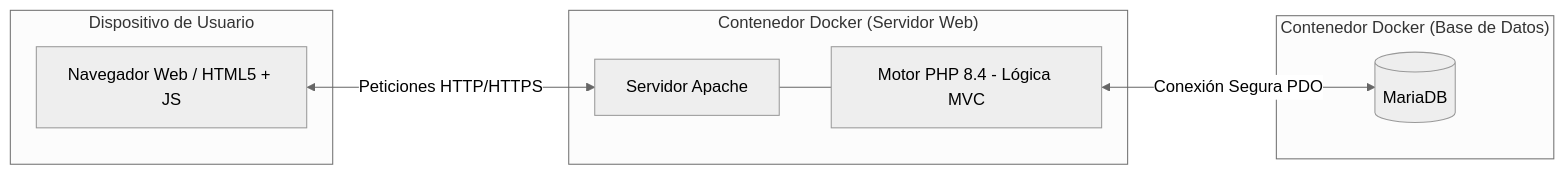
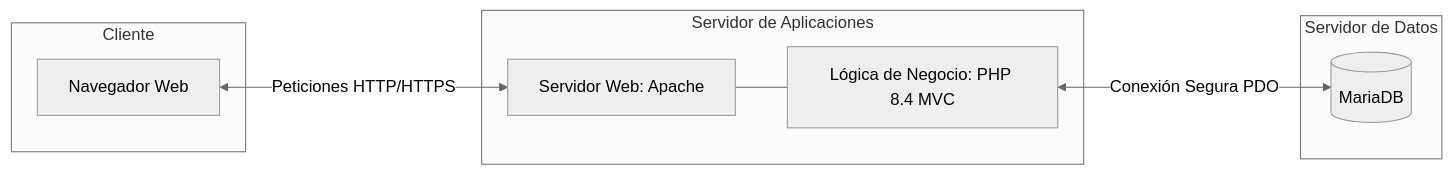
Before and after one commit to MelodyHerPi/Proxecto-DAW-2DAW-Melody-Hernandez-Pineiro: the diagram in plantilla-proxecto/templates/4_Deseño.md, drawn with Mermaid (neutral theme). The commit also changed other lines of this file, not shown here.

````diff
--- a/plantilla-proxecto/templates/4_Deseño.md
+++ b/plantilla-proxecto/templates/4_Deseño.md
@@ -22,22 +20,19 @@
 ```mermaid
 graph LR
-    subgraph "Dispositivo de Usuario"
-
-        A[Navegador Web / HTML5 + JS]
+    subgraph "Cliente"
+        A[Navegador Web]
     end
 
-    subgraph "Contenedor Docker (Servidor Web)"
-
-        B[Servidor Apache]
-        C[Motor PHP 8.4 - Lógica MVC]
+    subgraph "Servidor de Aplicaciones"
+        B[Servidor Web: Apache]
+        C[Lógica de Negocio: PHP 8.4 MVC]
     end
 
-    subgraph "Contenedor Docker (Base de Datos)"
-
+    subgraph "Servidor de Datos"
         D[(MariaDB)]
     end
 
     A <-->|Peticiones HTTP/HTTPS| B
     B --- C
     C <-->|Conexión Segura PDO| D
   ```
````
